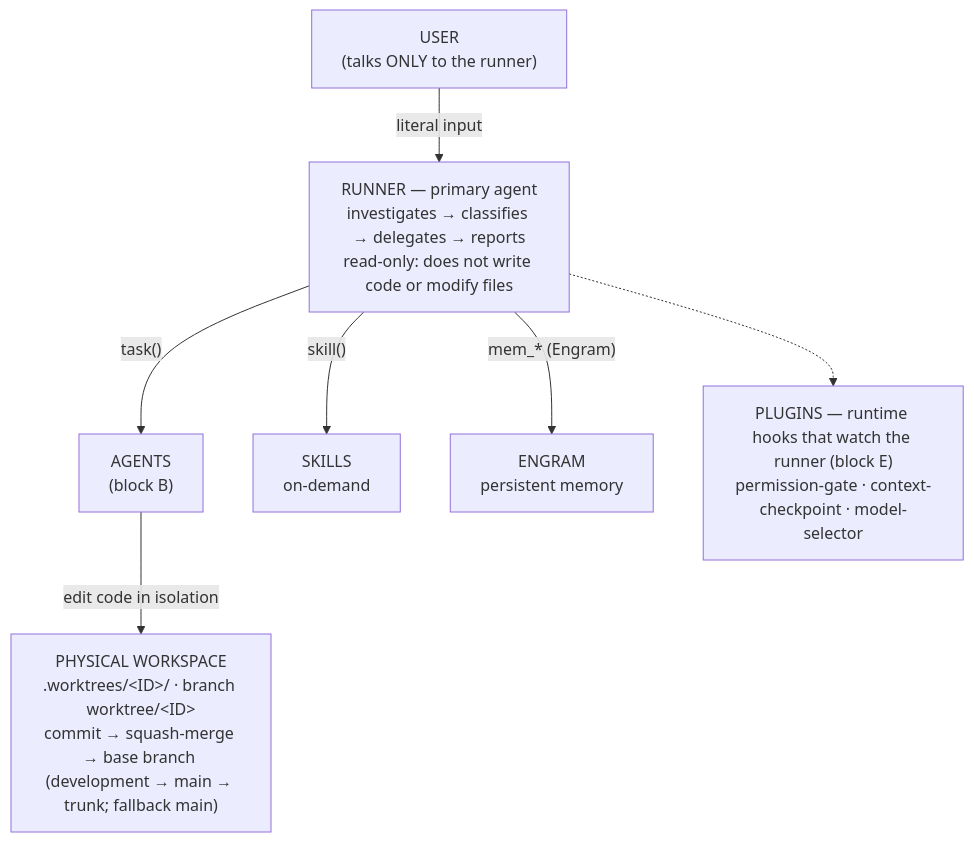
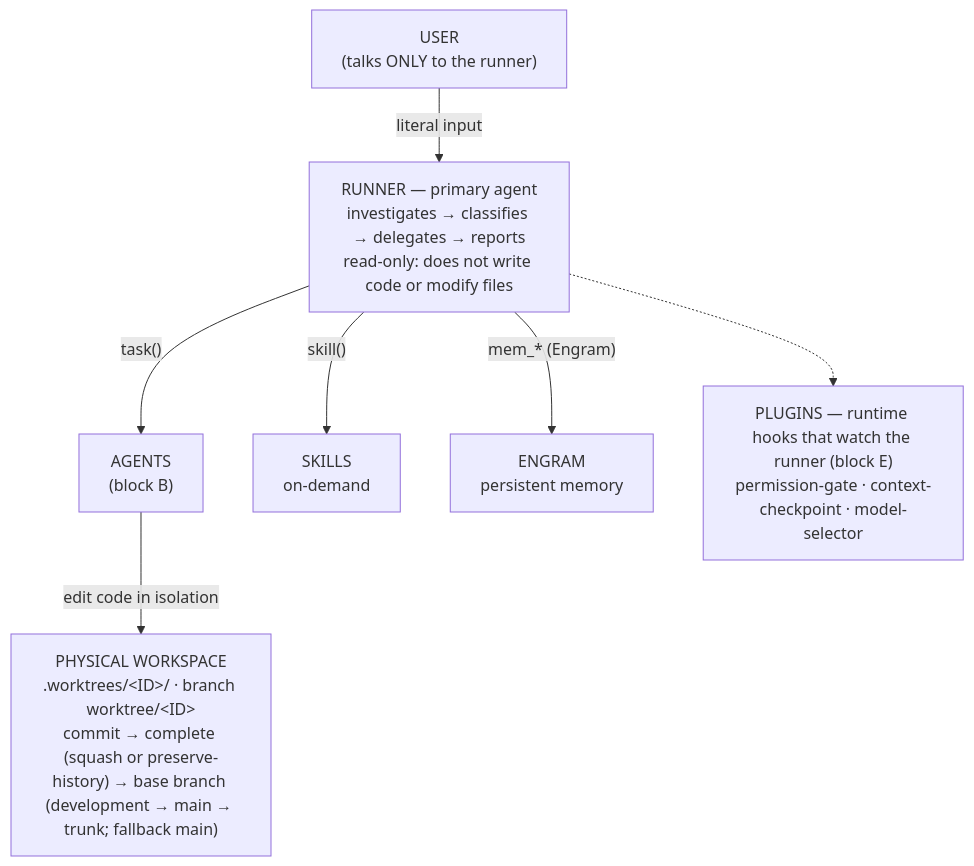
The diagram in docs/core-flowtask.md (Saez520/flowtask), drawn with Mermaid before and after one commit. The commit also changed other lines of this file, not shown here.

````diff
--- a/docs/core-flowtask.md
+++ b/docs/core-flowtask.md
@@ -82,16 +82,16 @@
 ```mermaid
 flowchart TB
     U["USER<br/>(talks ONLY to the runner)"]
     R["RUNNER — primary agent<br/>investigates → classifies → delegates → reports<br/>read-only: does not write code or modify files"]
 
     U -- "literal input" --> R
 
     R -- "task()" --> A["AGENTS<br/>(block B)"]
     R -- "skill()" --> S["SKILLS<br/>on-demand"]
     R -- "mem_* (Engram)" --> E["ENGRAM<br/>persistent memory"]
 
-    A -- "edit code in isolation" --> W["PHYSICAL WORKSPACE<br/>.worktrees/&lt;ID&gt;/ · branch worktree/&lt;ID&gt;<br/>commit → squash-merge → base branch (development → main → trunk; fallback main)"]
+    A -- "edit code in isolation" --> W["PHYSICAL WORKSPACE<br/>.worktrees/&lt;ID&gt;/ · branch worktree/&lt;ID&gt;<br/>commit → complete (squash or preserve-history) → base branch (development → main → trunk; fallback main)"]
 
     P["PLUGINS — runtime hooks that watch the runner (block E)<br/>permission-gate · context-checkpoint · model-selector"]
     R -.-> P
 ```
````
